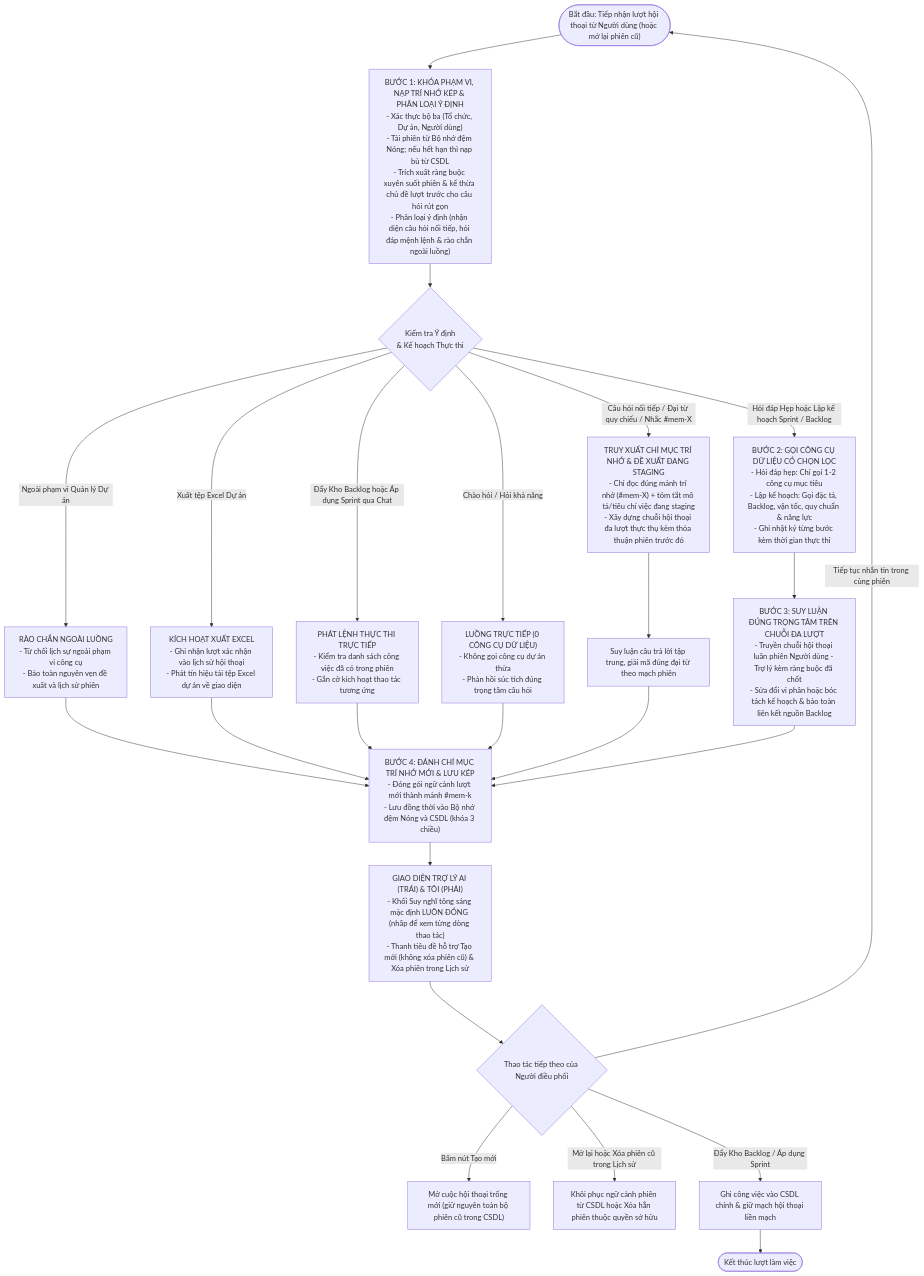
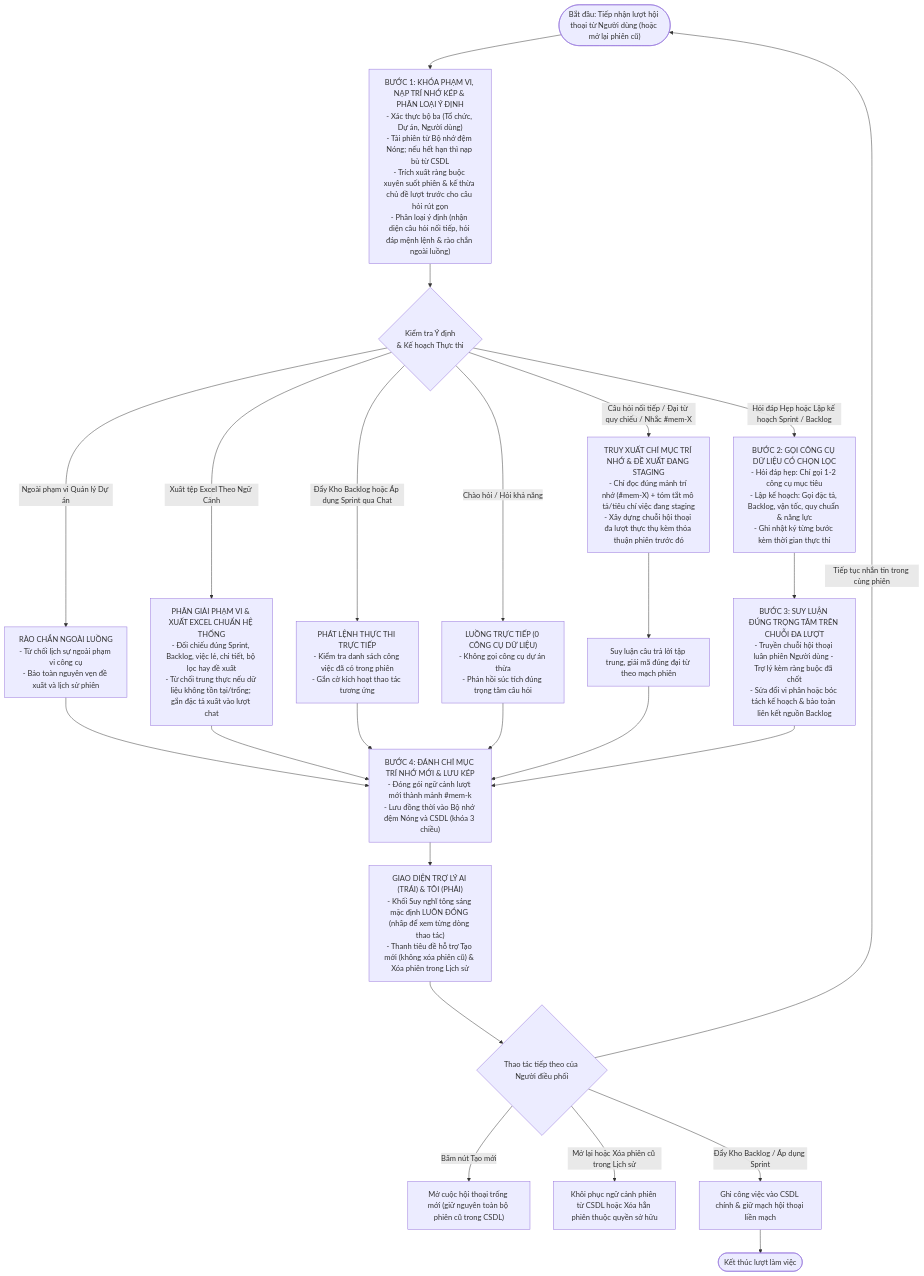
The second of 2 diagrams in docs/ai/02-so-do-tuan-tu-va-hoat-dong.md (TranHoang2k40525/ProjectMgmt), drawn with Mermaid before and after one commit. The commit also changed other lines of this file and 25 other files, not shown here.

Commit message:
feat(excel-export): phân giải thông minh phạm vi xuất Excel đa tình huống và chuẩn hóa bảng sạch ProjectMgmt

````diff
--- a/docs/ai/02-so-do-tuan-tu-va-hoat-dong.md
+++ b/docs/ai/02-so-do-tuan-tu-va-hoat-dong.md
@@ -137,38 +137,38 @@
 ```mermaid
 flowchart TD
     Start(["Bắt đầu: Tiếp nhận lượt hội thoại từ Người dùng (hoặc mở lại phiên cũ)"]) --> Step1["BƯỚC 1: KHÓA PHẠM VI, NẠP TRÍ NHỚ KÉP & PHÂN LOẠI Ý ĐỊNH\n- Xác thực bộ ba (Tổ chức, Dự án, Người dùng)\n- Tải phiên từ Bộ nhớ đệm Nóng; nếu hết hạn thì nạp bù từ CSDL\n- Trích xuất ràng buộc xuyên suốt phiên & kế thừa chủ đề lượt trước cho câu hỏi rút gọn\n- Phân loại ý định (nhận diện câu hỏi nối tiếp, hỏi đáp mệnh lệnh & rào chắn ngoài luồng)"]
 
     Step1 --> GuardIntent{"Kiểm tra Ý định\n& Kế hoạch Thực thi"}
 
     GuardIntent -- "Ngoài phạm vi Quản lý Dự án" --> RefuseOut["RÀO CHẮN NGOÀI LUỒNG\n- Từ chối lịch sự ngoài phạm vi công cụ\n- Bảo toàn nguyên vẹn đề xuất và lịch sử phiên"]
     RefuseOut --> SaveDual
 
-    GuardIntent -- "Xuất tệp Excel Dự án" --> ExportExcel["KÍCH HOẠT XUẤT EXCEL\n- Ghi nhận lượt xác nhận vào lịch sử hội thoại\n- Phát tín hiệu tải tệp Excel dự án về giao diện"]
+    GuardIntent -- "Xuất tệp Excel Theo Ngữ Cảnh" --> ExportExcel["PHÂN GIẢI PHẠM VI & XUẤT EXCEL CHUẨN HỆ THỐNG\n- Đối chiếu đúng Sprint, Backlog, việc lẻ, chi tiết, bộ lọc hay đề xuất\n- Từ chối trung thực nếu dữ liệu không tồn tại/trống; gắn đặc tả xuất vào lượt chat"]
     ExportExcel --> SaveDual
 
     GuardIntent -- "Đẩy Kho Backlog hoặc Áp dụng Sprint qua Chat" --> AutoTrigger["PHÁT LỆNH THỰC THI TRỰC TIẾP\n- Kiểm tra danh sách công việc đã có trong phiên\n- Gắn cờ kích hoạt thao tác tương ứng"]
     AutoTrigger --> SaveDual
 
     GuardIntent -- "Chào hỏi / Hỏi khả năng" --> ZeroMcp["LUỒNG TRỰC TIẾP (0 CÔNG CỤ DỮ LIỆU)\n- Không gọi công cụ dự án thừa\n- Phản hồi súc tích đúng trọng tâm câu hỏi"]
     ZeroMcp --> SaveDual
 
     GuardIntent -- "Câu hỏi nối tiếp / Đại từ quy chiếu / Nhắc #mem-X" --> RecallOnly["TRUY XUẤT CHỈ MỤC TRÍ NHỚ & ĐỀ XUẤT ĐANG STAGING\n- Chỉ đọc đúng mảnh trí nhớ (#mem-X) + tóm tắt mô tả/tiêu chí việc đang staging\n- Xây dựng chuỗi hội thoại đa lượt thực thụ kèm thỏa thuận phiên trước đó"]
     RecallOnly --> Step4Focus["Suy luận câu trả lời tập trung, giải mã đúng đại từ theo mạch phiên"]
     Step4Focus --> SaveDual
 
     GuardIntent -- "Hỏi đáp Hẹp hoặc Lập kế hoạch Sprint / Backlog" --> Step2["BƯỚC 2: GỌI CÔNG CỤ DỮ LIỆU CÓ CHỌN LỌC\n- Hỏi đáp hẹp: Chỉ gọi 1-2 công cụ mục tiêu\n- Lập kế hoạch: Gọi đặc tả, Backlog, vận tốc, quy chuẩn & năng lực\n- Ghi nhật ký từng bước kèm thời gian thực thi"]
 
     Step2 --> Step4["BƯỚC 3: SUY LUẬN ĐÚNG TRỌNG TÂM TRÊN CHUỖI ĐA LƯỢT\n- Truyền chuỗi hội thoại luân phiên Người dùng - Trợ lý kèm ràng buộc đã chốt\n- Sửa đổi vi phân hoặc bóc tách kế hoạch & bảo toàn liên kết nguồn Backlog"]
 
     Step4 --> SaveDual["BƯỚC 4: ĐÁNH CHỈ MỤC TRÍ NHỚ MỚI & LƯU KÉP\n- Đóng gói ngữ cảnh lượt mới thành mảnh #mem-k\n- Lưu đồng thời vào Bộ nhớ đệm Nóng và CSDL (khóa 3 chiều)"]
 
     SaveDual --> DisplayUI["GIAO DIỆN TRỢ LÝ AI (TRÁI) & TÔI (PHẢI)\n- Khối Suy nghĩ tông sáng mặc định LUÔN ĐÓNG (nhấp để xem từng dòng thao tác)\n- Thanh tiêu đề hỗ trợ Tạo mới (không xóa phiên cũ) & Xóa phiên trong Lịch sử"]
 
     DisplayUI --> UserAction{"Thao tác tiếp theo của Người điều phối"}
 
     UserAction -- "Tiếp tục nhắn tin trong cùng phiên" --> Start
     UserAction -- "Bấm nút Tạo mới" --> NewBlank["Mở cuộc hội thoại trống mới (giữ nguyên toàn bộ phiên cũ trong CSDL)"]
     UserAction -- "Mở lại hoặc Xóa phiên cũ trong Lịch sử" --> ManageHist["Khôi phục ngữ cảnh phiên từ CSDL hoặc Xóa hẳn phiên thuộc quyền sở hữu"]
     UserAction -- "Đẩy Kho Backlog / Áp dụng Sprint" --> CommitDB["Ghi công việc vào CSDL chính & giữ mạch hội thoại liền mạch"]
     CommitDB --> Finish(["Kết thúc lượt làm việc"])
 ```
````
